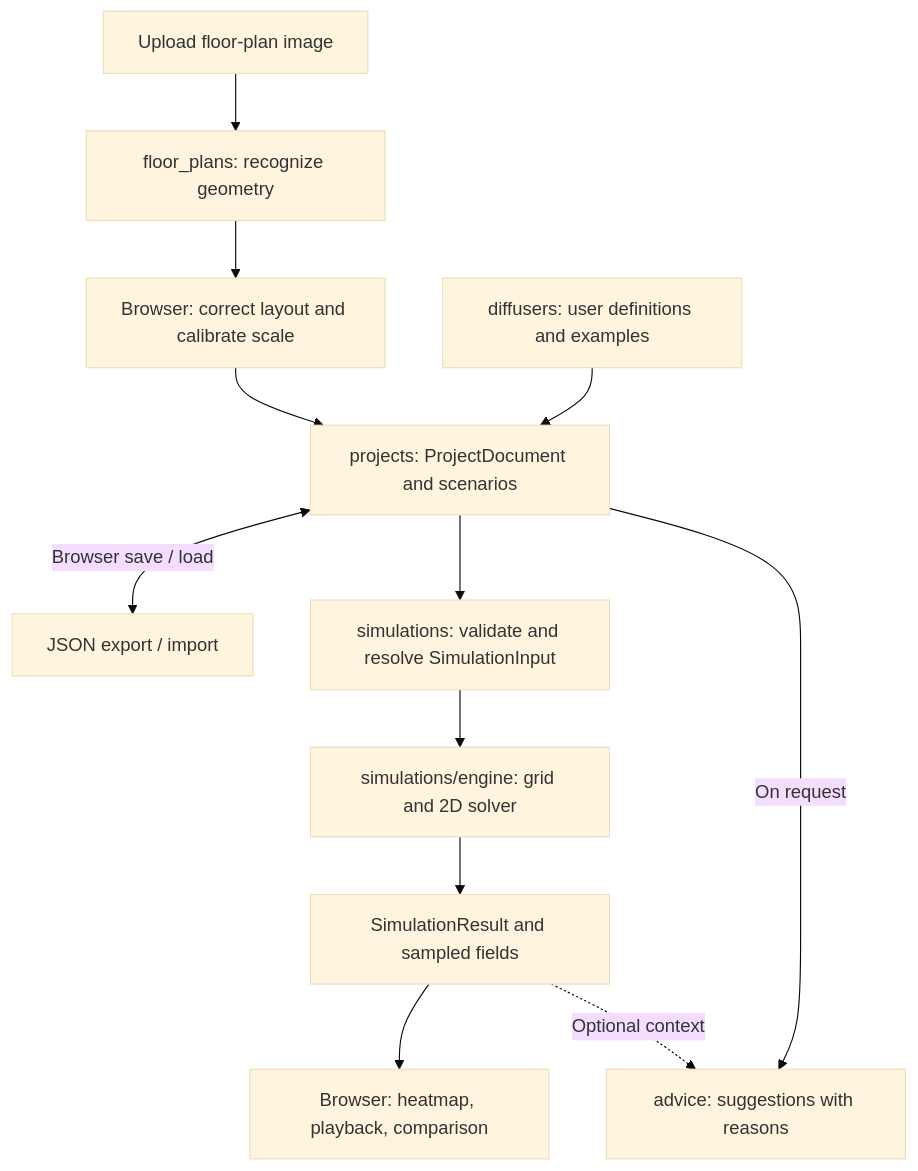
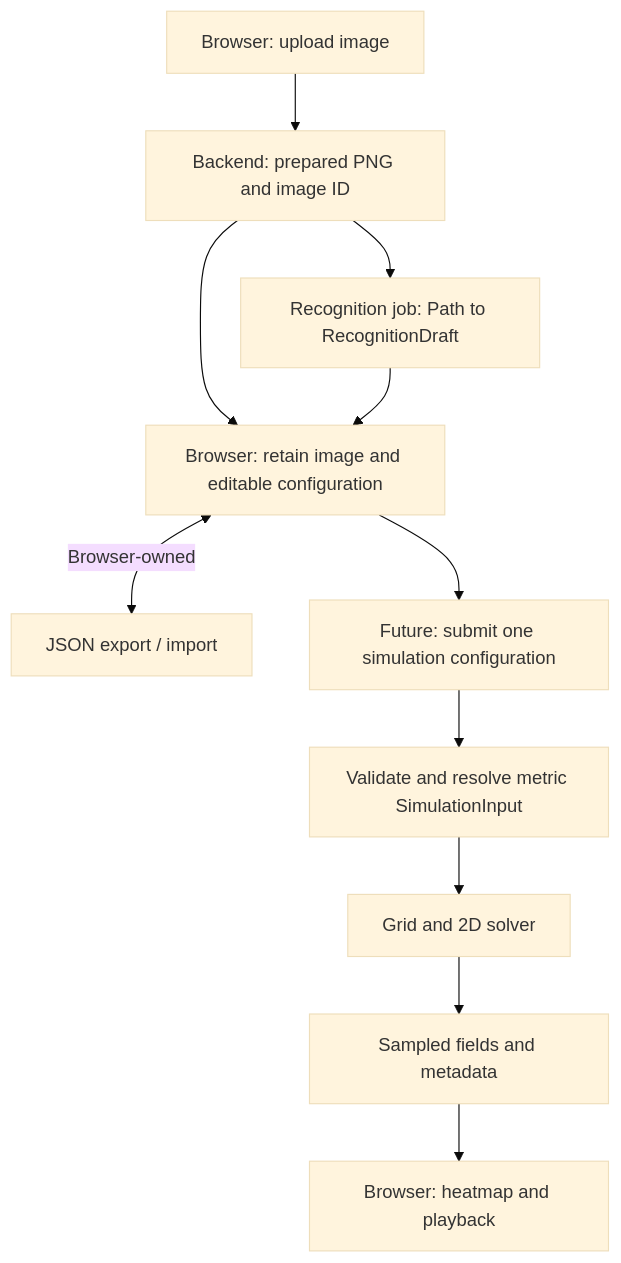
Before and after one commit to donngas/aromap: the diagram in backend/README.md, drawn with Mermaid (base theme). The commit also changed other lines of this file and 1 other file, not shown here.

Commit message:
docs(backend): document upload and recognition API contracts

````diff
--- a/backend/README.md
+++ b/backend/README.md
@@ -176,14 +278,13 @@
 ```mermaid
 flowchart TD
-    Upload["Upload floor-plan image"] --> Recognition["floor_plans: recognize geometry"]
-    Recognition --> Edit["Browser: correct layout and calibrate scale"]
-    Diffusers["diffusers: user definitions and examples"] --> Project
-    Edit --> Project["projects: ProjectDocument and scenarios"]
-    Project <-->|"Browser save / load"| JSON["JSON export / import"]
-    Project --> Prepare["simulations: validate and resolve SimulationInput"]
-    Prepare --> Engine["simulations/engine: grid and 2D solver"]
-    Engine --> Result["SimulationResult and sampled fields"]
-    Result --> View["Browser: heatmap, playback, comparison"]
-    Project -->|"On request"| Advice["advice: suggestions with reasons"]
-    Result -.->|"Optional context"| Advice
+    Upload["Browser: upload image"] --> Prepared["Backend: prepared PNG and image ID"]
+    Prepared --> Recognition["Recognition job: Path to RecognitionDraft"]
+    Prepared --> Browser["Browser: retain image and editable configuration"]
+    Recognition --> Browser
+    Browser <-->|"Browser-owned"| Save["JSON export / import"]
+    Browser --> Simulation["Future: submit one simulation configuration"]
+    Simulation --> Metric["Validate and resolve metric SimulationInput"]
+    Metric --> Engine["Grid and 2D solver"]
+    Engine --> Result["Sampled fields and metadata"]
+    Result --> Playback["Browser: heatmap and playback"]
 ```
````
